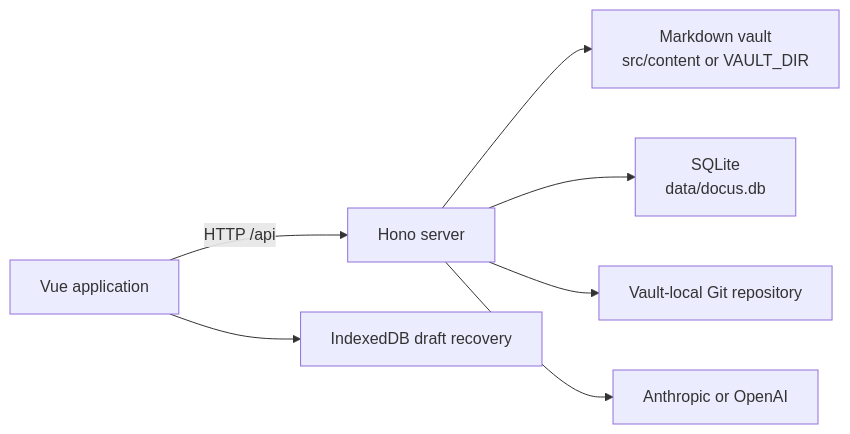
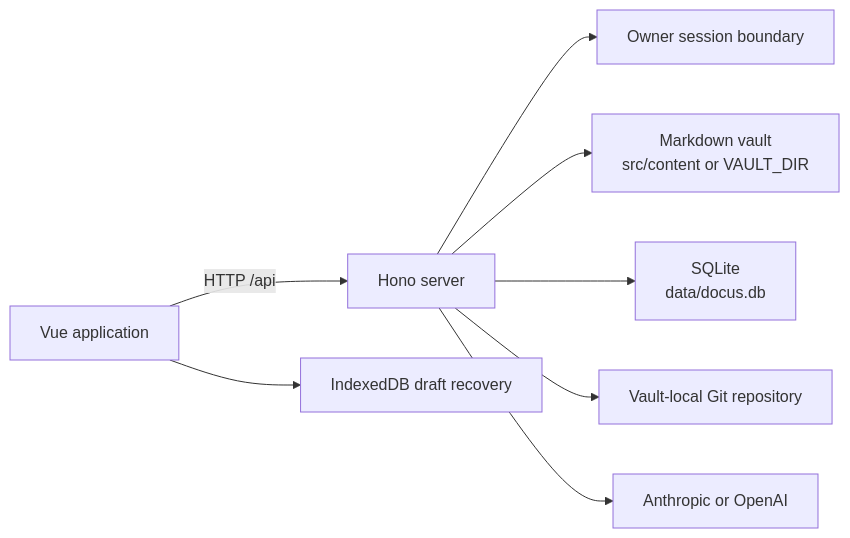
One commit to tangxiangxiang/docus changed the diagram in docs/architecture/overview.md. Above: the diagram before and after it, drawn with Mermaid. The commit also changed other lines of this file and 13 other files, not shown here.

Commit message:
docs(auth): document owner authentication and deployment

````diff
--- a/docs/architecture/overview.md
+++ b/docs/architecture/overview.md
@@ -7,9 +7,10 @@
 ```mermaid
 flowchart LR
   Browser["Vue application"] -->|HTTP /api| Server["Hono server"]
+  Server --> Auth["Owner session boundary"]
   Server --> Vault["Markdown vault\nsrc/content or VAULT_DIR"]
   Server --> Database["SQLite\ndata/docus.db"]
   Server --> History["Vault-local Git repository"]
   Server --> Providers["Anthropic or OpenAI"]
   Browser --> Drafts["IndexedDB draft recovery"]
 ```
````
